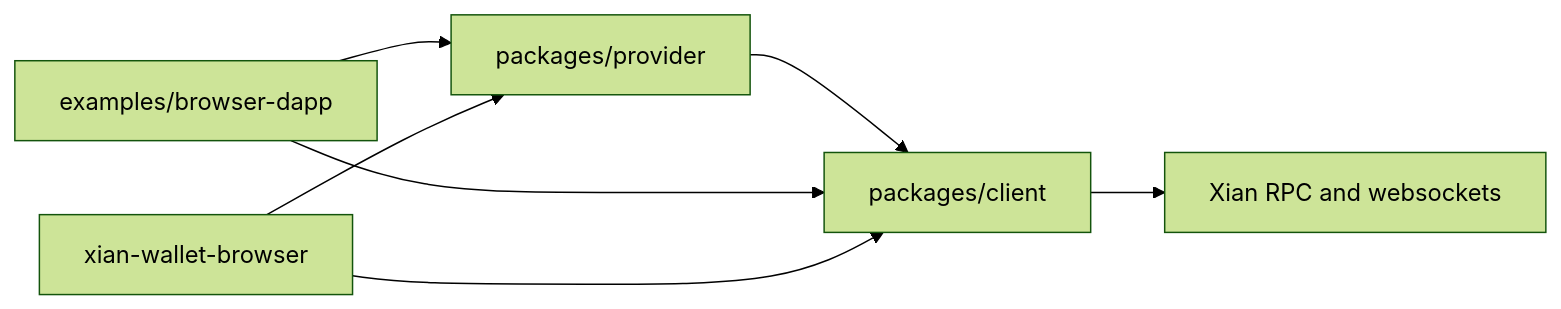
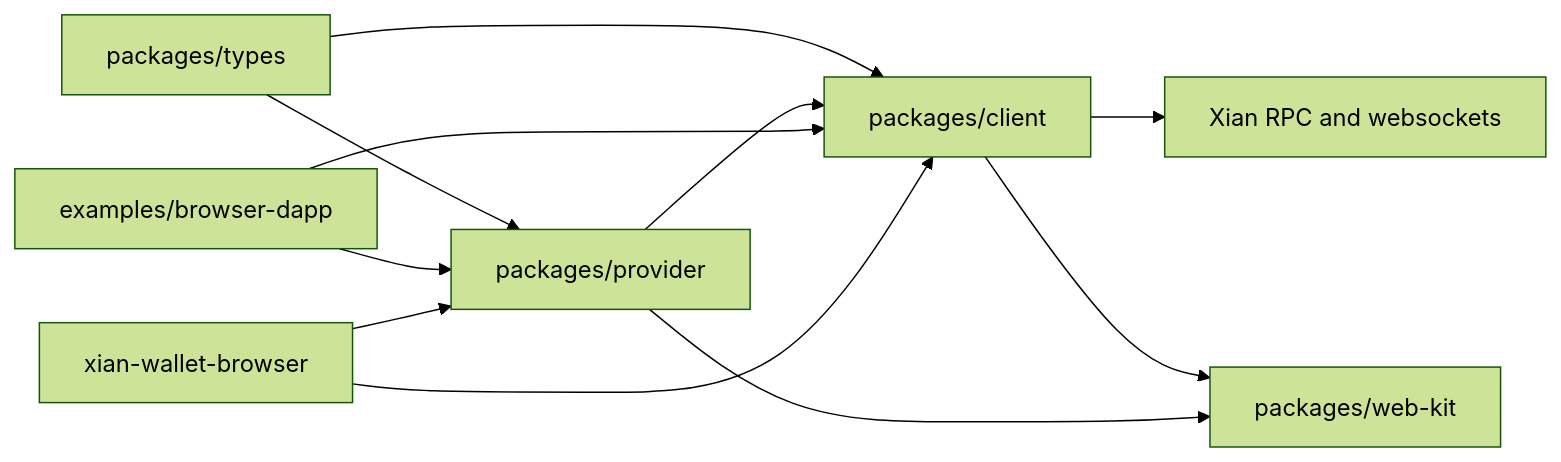
One commit to xian-technology/xian-js changed the diagram in packages/README.md. Above: the diagram before and after it, drawn with Mermaid (forest theme). The commit also changed other lines of this file and 6 other files, not shown here.

````diff
--- a/packages/README.md
+++ b/packages/README.md
@@ -18,9 +25,13 @@
 ```mermaid
 flowchart LR
-  Client["packages/client"] --> RPC["Xian RPC and websockets"]
-  Provider["packages/provider"] --> Client
+  Types["packages/types"] --> Client["packages/client"]
+  Types --> Provider["packages/provider"]
+  Client --> RPC["Xian RPC and websockets"]
+  Provider --> Client
+  Client --> WebKit["packages/web-kit"]
+  Provider --> WebKit
   Example["examples/browser-dapp"] --> Provider
   Example --> Client
   WalletProduct["xian-wallet-browser"] --> Provider
   WalletProduct --> Client
 ```
````
